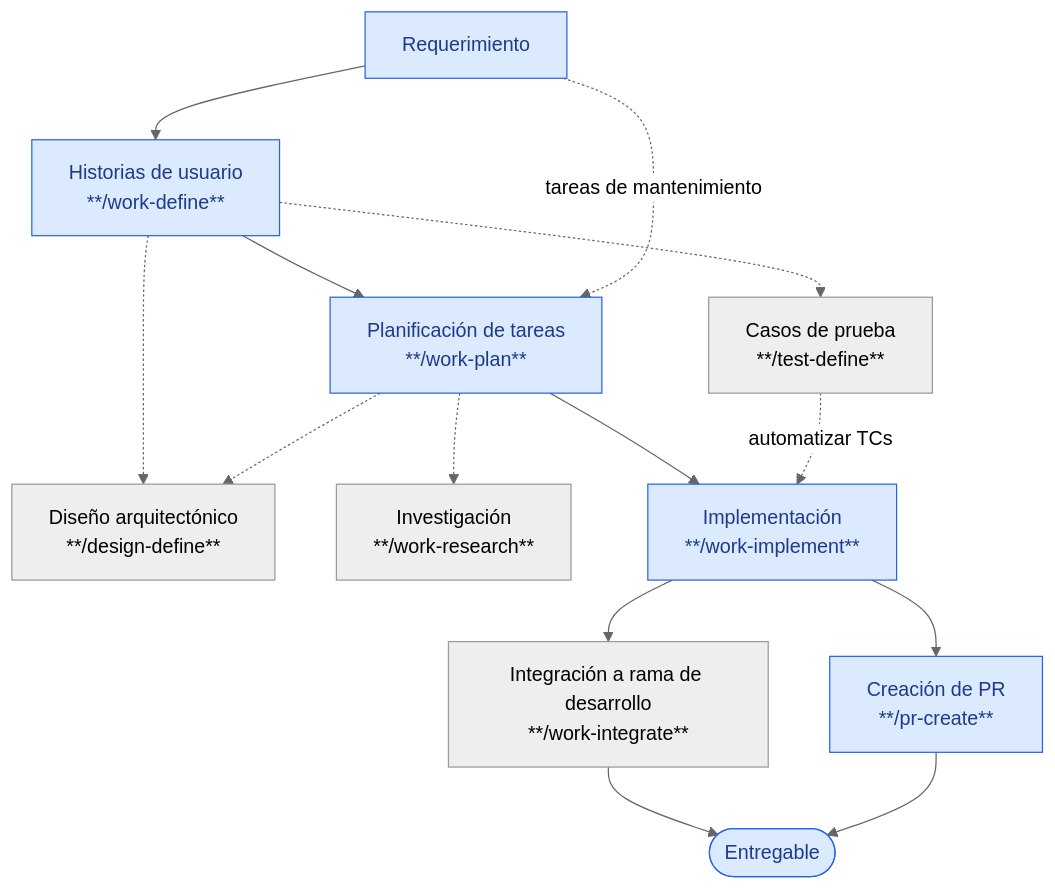
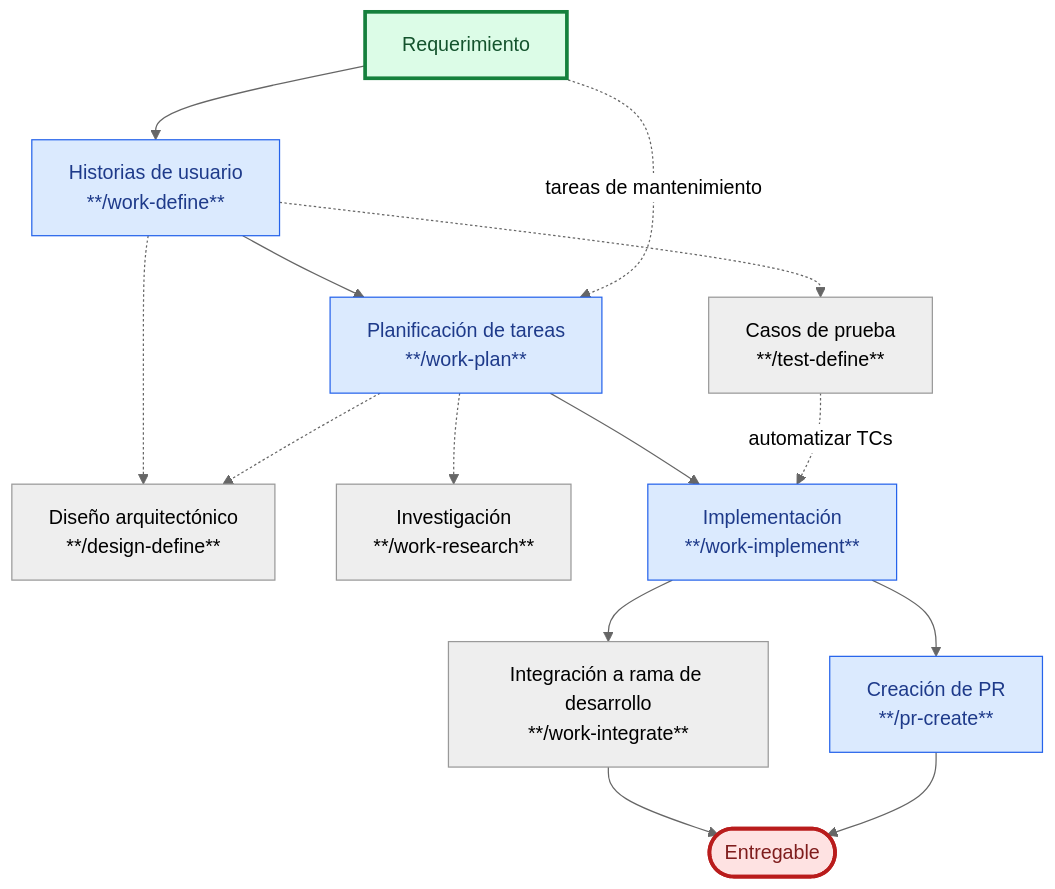
The second of 3 diagrams in README.md (juanca202/ai), drawn with Mermaid (neutral theme) before and after one commit. The commit also changed other lines of this file and 3 other files, not shown here.

First line of the commit message:
style(use-cases): highlight entry and exit points in flow diagrams

````diff
--- a/README.md
+++ b/README.md
@@ -116,19 +120,23 @@
 ```mermaid
 flowchart TD
     A[Requerimiento] --> B["Historias de usuario<br/>**/work-define**"]
     B -.-> C["Casos de prueba<br/>**/test-define**"]
     B -.-> D["Diseño arquitectónico<br/>**/design-define**"]
     B --> E["Planificación de tareas<br/>**/work-plan**"]
     A -.->|tareas de mantenimiento| E
     E -.-> F["Investigación<br/>**/work-research**"]
     E -.-> D
     E --> G["Implementación<br/>**/work-implement**"]
     C -.->|automatizar TCs| G
     G --> H["Integración a rama de desarrollo<br/>**/work-integrate**"]
     G --> I["Creación de PR<br/>**/pr-create**"]
     H --> J(["Entregable"])
     I --> J
 
     classDef main fill:#dbeafe,stroke:#2563eb,color:#1e3a8a
-    class A,B,E,G,I,J main
+    classDef entryPoint fill:#dcfce7,stroke:#15803d,stroke-width:3px,color:#14532d
+    classDef exitPoint fill:#fee2e2,stroke:#b91c1c,stroke-width:3px,color:#7f1d1d
+    class B,E,G,I main
+    class A entryPoint
+    class J exitPoint
 ```
````
